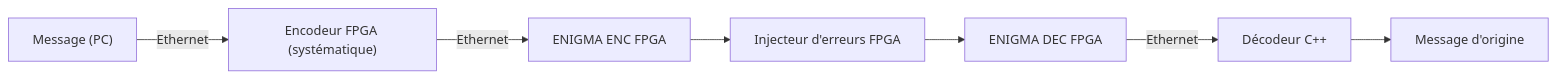
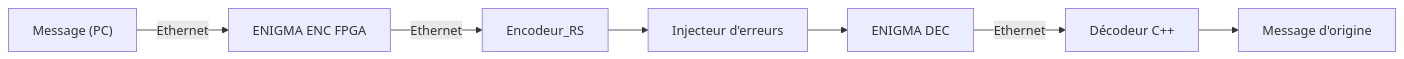
One commit to sudo-LuSer/FFT_in_Finite_Fields_Reed_Solomon_Error_Correction changed the diagram in README.md. Above: the diagram before and after it, drawn with Mermaid.

Commit message:
Update README with project details and structure

````diff
--- a/README.md
+++ b/README.md
@@ -245,9 +245,9 @@
 ```mermaid
 flowchart LR
-    A["Message (PC)"] -->|Ethernet| B["Encodeur FPGA (systématique)"]
-    B -->|Ethernet| C["ENIGMA ENC FPGA"]
-    C --> D["Injecteur d'erreurs FPGA"]
-    D --> E["ENIGMA DEC FPGA"]
+    A["Message (PC)"] -->|Ethernet| B["ENIGMA ENC FPGA"]
+    B -->|Ethernet| C["Encodeur_RS"]
+    C --> D["Injecteur d'erreurs"]
+    D --> E["ENIGMA DEC"]
     E -->|Ethernet| F["Décodeur C++"]
     F --> G["Message d'origine"]
 ```
````
